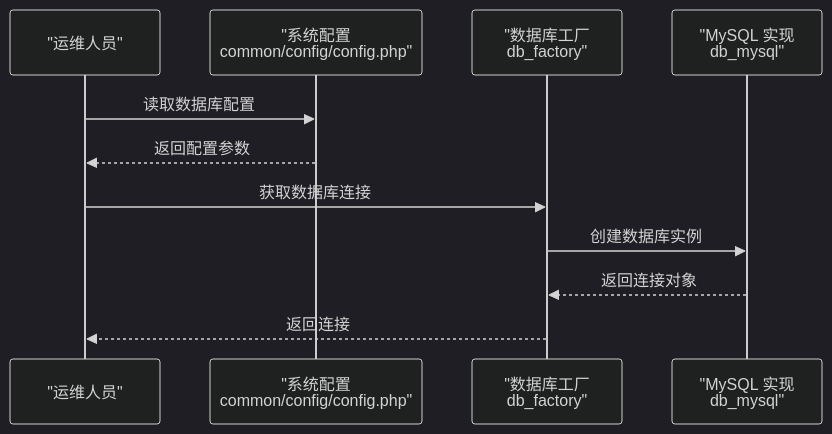
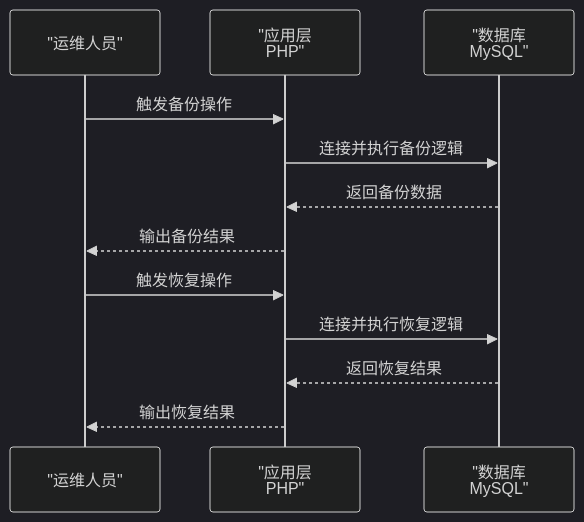
Before and after one commit to lirongyaoper/lryblog.com: the second of 5 diagrams in .qoder/repowiki/zh/content/部署运维/备份恢复/备份恢复.md, drawn with Mermaid (dark theme). The commit also changed other lines of this file and 13 other files, not shown here.

````diff
--- a/.qoder/repowiki/zh/content/部署运维/备份恢复/备份恢复.md
+++ b/.qoder/repowiki/zh/content/部署运维/备份恢复/备份恢复.md
@@ -76,13 +77,14 @@
 ```mermaid
 sequenceDiagram
 participant U as "运维人员"
-participant CFG as "系统配置<br/>common/config/config.php"
-participant FAC as "数据库工厂<br/>db_factory"
-participant IMPL as "MySQL 实现<br/>db_mysql"
-U->>CFG : 读取数据库配置
-CFG-->>U : 返回配置参数
-U->>FAC : 获取数据库连接
-FAC->>IMPL : 创建数据库实例
-IMPL-->>FAC : 返回连接对象
-FAC-->>U : 返回连接
+participant APP as "应用层<br/>PHP"
+participant DB as "数据库<br/>MySQL"
+U->>APP : 触发备份操作
+APP->>DB : 连接并执行备份逻辑
+DB-->>APP : 返回备份数据
+APP-->>U : 输出备份结果
+U->>APP : 触发恢复操作
+APP->>DB : 连接并执行恢复逻辑
+DB-->>APP : 返回恢复结果
+APP-->>U : 输出恢复结果
 ```
````
